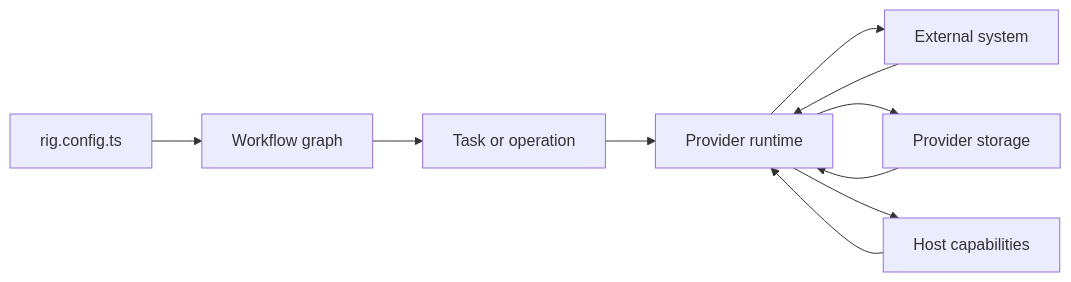
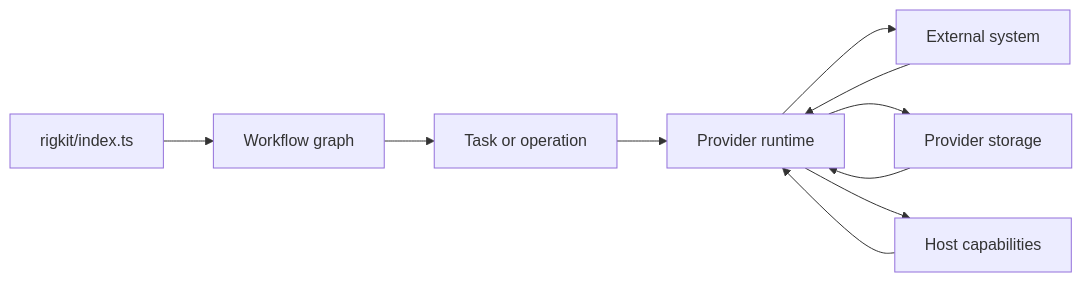
The first of 2 diagrams in apps/docs/canary/providers/overview.mdx (Ben2W/stoke), drawn with Mermaid before and after one commit. The commit also changed other lines of this file and 122 other files, not shown here.

````diff
--- a/apps/docs/canary/providers/overview.mdx
+++ b/apps/docs/canary/providers/overview.mdx
@@ -19,13 +19,13 @@
 ```mermaid
 flowchart LR
-  Config["rig.config.ts"] --> Workflow["Workflow graph"]
+  Config["rigkit/index.ts"] --> Workflow["Workflow graph"]
   Workflow --> Task["Task or operation"]
   Task --> Runtime["Provider runtime"]
   Runtime --> External["External system"]
   Runtime --> Storage["Provider storage"]
   Runtime --> Host["Host capabilities"]
 
   External --> Runtime
   Storage --> Runtime
   Host --> Runtime
 ```
````
